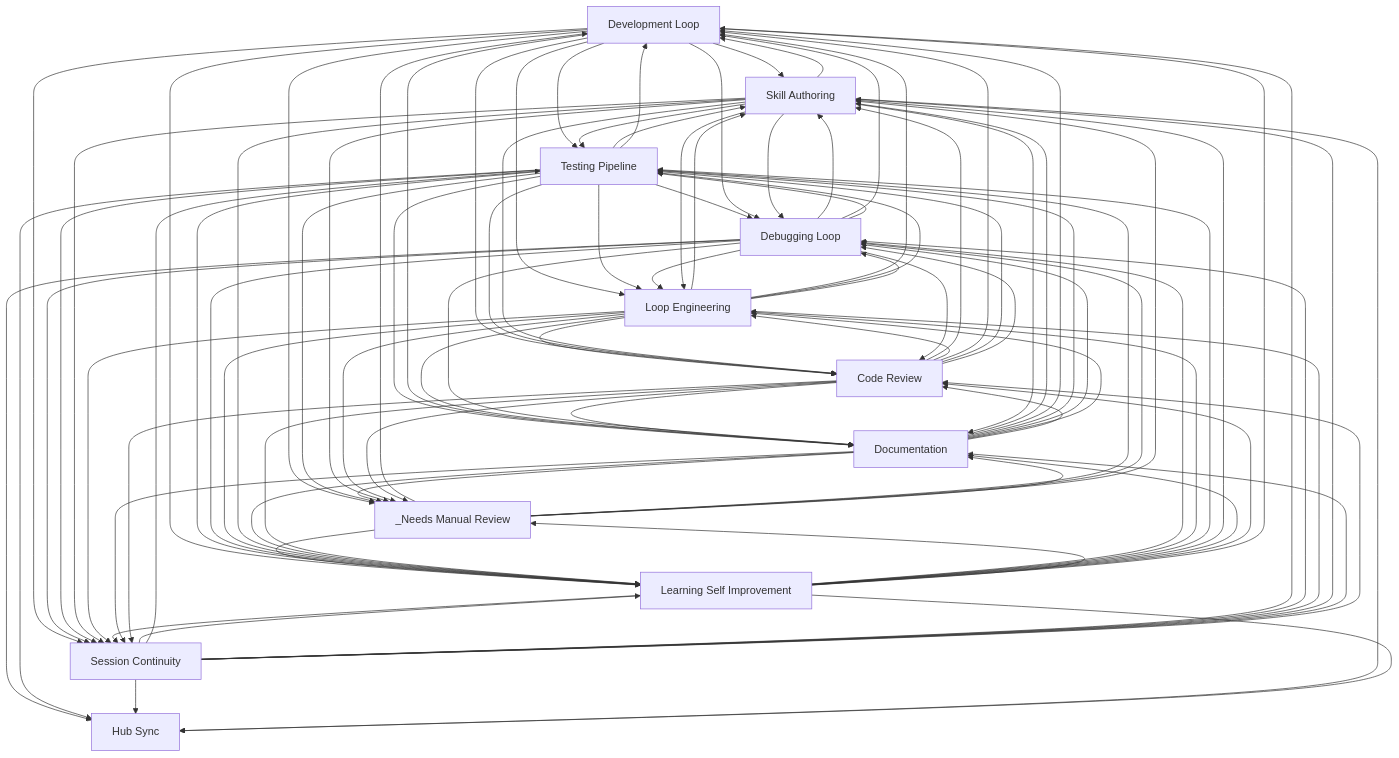
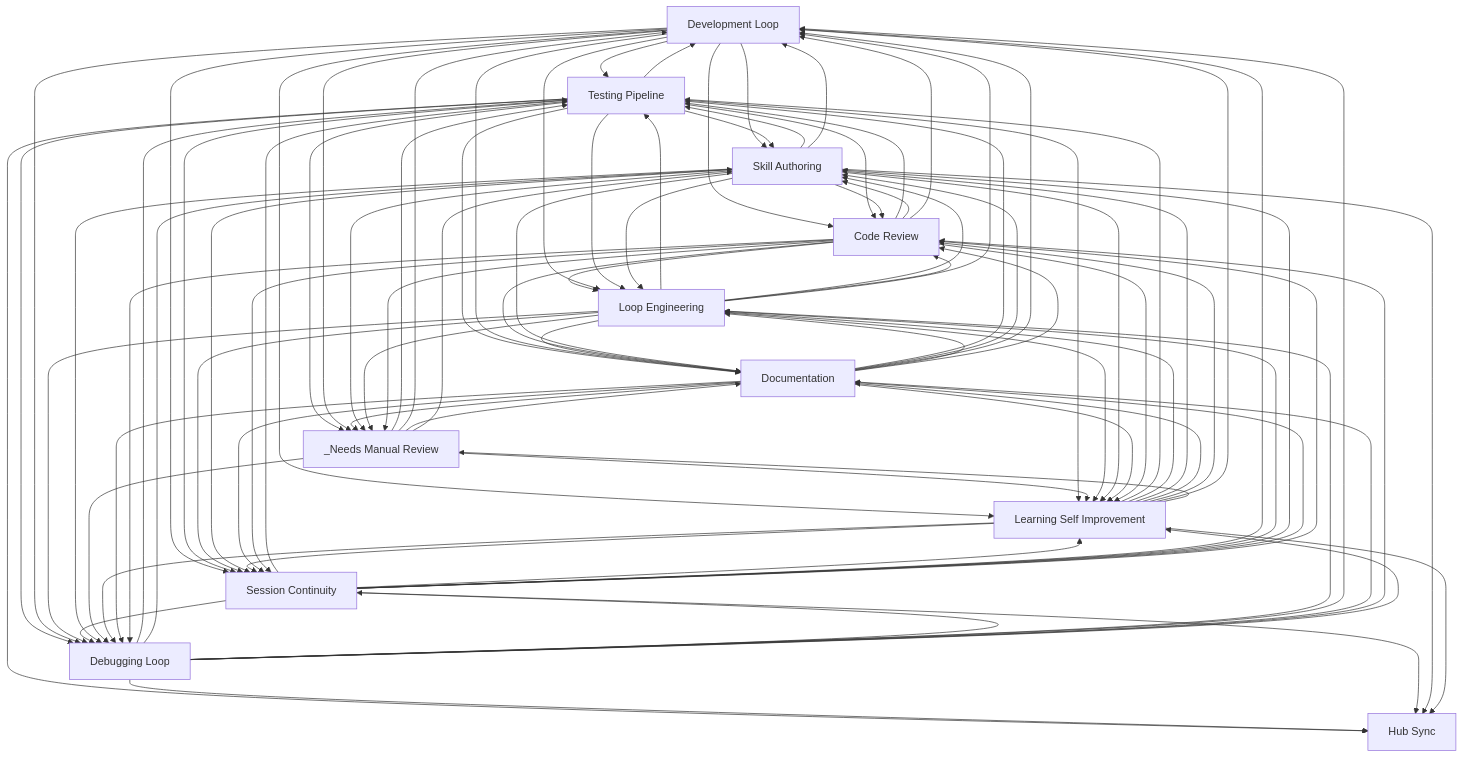
The diagram in docs/workflows/INDEX.md (abhayla/claude-best-practices), drawn with Mermaid before and after one commit. The commit also changed other lines of this file and 13 other files, not shown here.

```diff
--- a/docs/workflows/INDEX.md
+++ b/docs/workflows/INDEX.md
@@ -33,79 +33,79 @@
     documentation[Documentation]
     hub_sync[Hub Sync]
     _needs_manual_review[_Needs Manual Review]
+    code_review --> testing_pipeline
+    code_review --> loop_engineering
     code_review --> skill_authoring
-    code_review --> loop_engineering
     code_review --> development_loop
-    code_review --> testing_pipeline
+    loop_engineering --> testing_pipeline
     loop_engineering --> skill_authoring
     loop_engineering --> code_review
     loop_engineering --> development_loop
-    loop_engineering --> testing_pipeline
+    development_loop --> testing_pipeline
+    development_loop --> loop_engineering
     development_loop --> skill_authoring
     development_loop --> code_review
-    development_loop --> loop_engineering
-    development_loop --> testing_pipeline
+    testing_pipeline --> skill_authoring
     skill_authoring --> testing_pipeline
-    testing_pipeline --> skill_authoring
+    testing_pipeline --> development_loop
+    _needs_manual_review --> testing_pipeline
     _needs_manual_review --> development_loop
-    _needs_manual_review --> testing_pipeline
-    testing_pipeline --> development_loop
     testing_pipeline --> debugging_loop
     testing_pipeline --> loop_engineering
     testing_pipeline --> documentation
     testing_pipeline --> code_review
+    debugging_loop --> testing_pipeline
     debugging_loop --> skill_authoring
     debugging_loop --> loop_engineering
     debugging_loop --> development_loop
-    debugging_loop --> testing_pipeline
     development_loop --> debugging_loop
     development_loop --> documentation
     loop_engineering --> documentation
     skill_authoring --> code_review
     skill_authoring --> loop_engineering
     skill_authoring --> development_loop
+    documentation --> testing_pipeline
     documentation --> skill_authoring
     documentation --> development_loop
-    documentation --> testing_pipeline
+    testing_pipeline --> _needs_manual_review
     development_loop --> _needs_manual_review
-    testing_pipeline --> _needs_manual_review
     code_review --> documentation
+    session_continuity --> testing_pipeline
     session_continuity --> learning_self_improvement
-    session_continuity --> testing_pipeline
     development_loop --> session_continuity
     development_loop --> learning_self_improvement
+    testing_pipeline --> learning_self_improvement
     _needs_manual_review --> learning_self_improvement
-    testing_pipeline --> learning_self_improvement
     loop_engineering --> debugging_loop
+    testing_pipeline --> hub_sync
+    testing_pipeline --> session_continuity
+    debugging_loop --> hub_sync
     debugging_loop --> session_continuity
-    debugging_loop --> hub_sync
-    testing_pipeline --> session_continuity
-    testing_pipeline --> hub_sync
     debugging_loop --> documentation
     debugging_loop --> code_review
     session_continuity --> development_loop
     session_continuity --> debugging_loop
     session_continuity --> loop_engineering
+    loop_engineering --> session_continuity
     skill_authoring --> session_continuity
-    loop_engineering --> session_continuity
     skill_authoring --> debugging_loop
     _needs_manual_review --> debugging_loop
     debugging_loop --> learning_self_improvement
     skill_authoring --> documentation
+    _needs_manual_review --> documentation
     _needs_manual_review --> skill_authoring
-    _needs_manual_review --> documentation
     documentation --> _needs_manual_review
     learning_self_improvement --> session_continuity
     learning_self_improvement --> debugging_loop
+    learning_self_improvement --> testing_pipeline
     learning_self_improvement --> loop_engineering
-    learning_self_improvement --> testing_pipeline
     learning_self_improvement --> skill_authoring
     learning_self_improvement --> documentation
     learning_self_improvement --> code_review
     learning_self_improvement --> development_loop
     skill_authoring --> _needs_manual_review
+    session_continuity --> hub_sync
     session_continuity --> skill_authoring
-    session_continuity --> hub_sync
     session_continuity --> documentation
     session_continuity --> code_review
     learning_self_improvement --> _needs_manual_review
```
